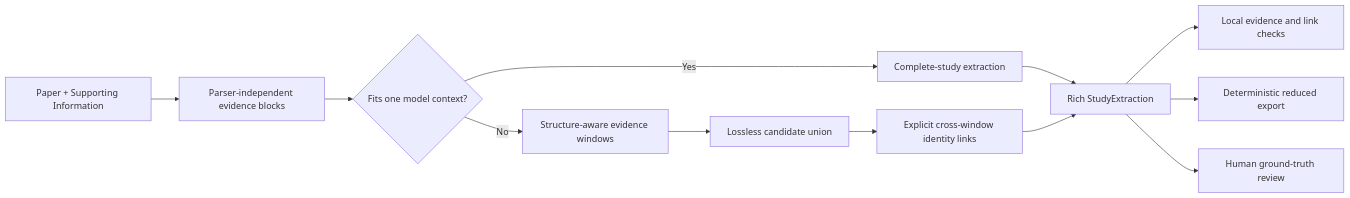
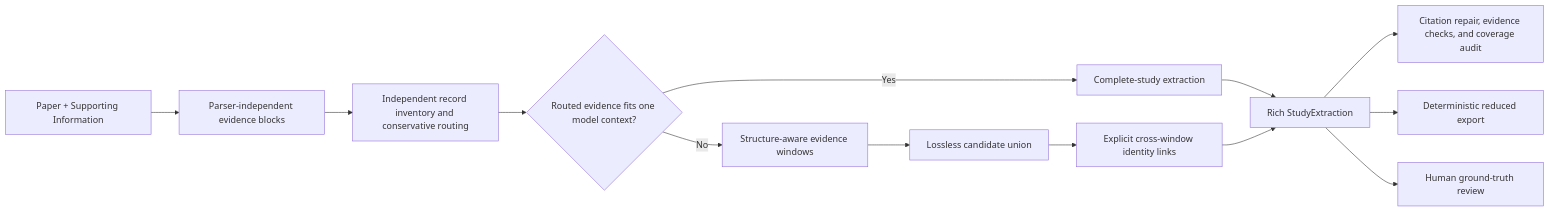
One commit to lamalab-org/perla-extract changed the diagram in docs/index.md. Above: the diagram before and after it, drawn with Mermaid. The commit also changed other lines of this file and 18 other files, not shown here.

Commit message:
feat: add evidence-routed atomic extraction

````diff
--- a/docs/index.md
+++ b/docs/index.md
@@ -12,14 +12,15 @@
 ```mermaid
 flowchart LR
     A["Paper + Supporting Information"] --> B["Parser-independent evidence blocks"]
-    B --> C{"Fits one model context?"}
+    B --> C0["Independent record inventory and conservative routing"]
+    C0 --> C{"Routed evidence fits one model context?"}
     C -->|Yes| D["Complete-study extraction"]
     C -->|No| E["Structure-aware evidence windows"]
     E --> F["Lossless candidate union"]
     F --> G["Explicit cross-window identity links"]
     D --> H["Rich StudyExtraction"]
     G --> H
-    H --> I["Local evidence and link checks"]
+    H --> I["Citation repair, evidence checks, and coverage audit"]
     H --> J["Deterministic reduced export"]
     H --> K["Human ground-truth review"]
 ```
````
